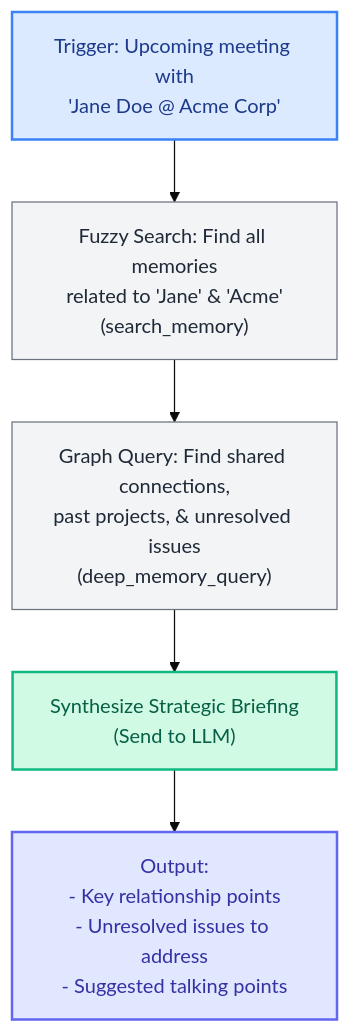
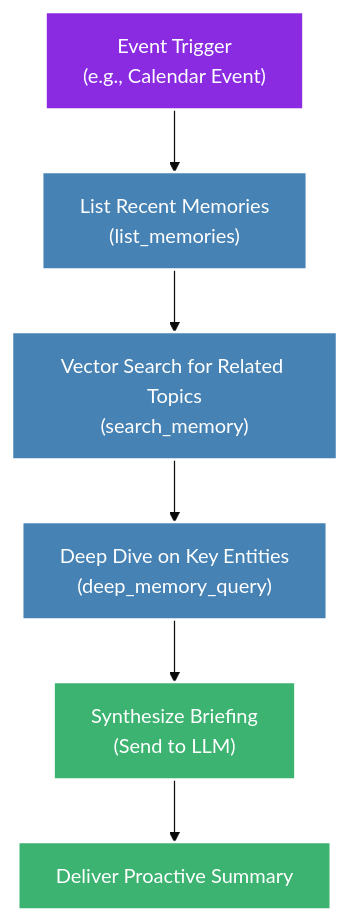
The second of 4 diagrams in openmemory/ui/docs-mintlify/context-engineering.mdx (jean-technologies/jean-memory), drawn with Mermaid (base theme) before and after one commit. The commit also changed other lines of this file and 1 other file, not shown here.

````diff
--- a/openmemory/ui/docs-mintlify/context-engineering.mdx
+++ b/openmemory/ui/docs-mintlify/context-engineering.mdx
@@ -80,17 +83,16 @@
-  ```mermaid
-  graph TD;
-      A["Trigger: Upcoming meeting with<br/>'Jane Doe @ Acme Corp'"] --> B["Fuzzy Search: Find all memories<br/>related to 'Jane' & 'Acme'<br/>(search_memory)"];
-      B --> C["Graph Query: Find shared connections,<br/>past projects, & unresolved issues<br/>(deep_memory_query)"];
-      C --> D["Synthesize Strategic Briefing<br/>(Send to LLM)"];
-      D --> E["Output:<br/>- Key relationship points<br/>- Unresolved issues to address<br/>- Suggested talking points"];
-  
-      classDef trigger fill:#DBEAFE,stroke:#3B82F6,stroke-width:2px,color:#1E3A8A;
-      classDef process fill:#F3F4F6,stroke:#6B7280,stroke-width:1px,color:#1F2937;
-      classDef synthesis fill:#D1FAE5,stroke:#10B981,stroke-width:2px,color:#065F46;
-      classDef output fill:#E0E7FF,stroke:#6366F1,stroke-width:2px,color:#3730A3;
-  
-      class A trigger;
-      class B,C process;
-      class D synthesis;
-      class E output;
-  ```
+    ```mermaid
+    graph TD;
+        A["Event Trigger<br/>(e.g., Calendar Event)"] --> B["List Recent Memories<br/>(list_memories)"];
+        B --> C["Vector Search for Related Topics<br/>(search_memory)"];
+        C --> D["Deep Dive on Key Entities<br/>(deep_memory_query)"];
+        D --> E["Synthesize Briefing<br/>(Send to LLM)"];
+        E --> F["Deliver Proactive Summary"];
+
+        classDef trigger fill:#8A2BE2,stroke:#FFF,stroke-width:2px,color:#FFF;
+        classDef process fill:#4682B4,stroke:#FFF,stroke-width:2px,color:#FFF;
+        classDef output fill:#3CB371,stroke:#FFF,stroke-width:2px,color:#FFF;
+
+        class A trigger;
+        class B,C,D process;
+        class E,F output;
+    ```
````
